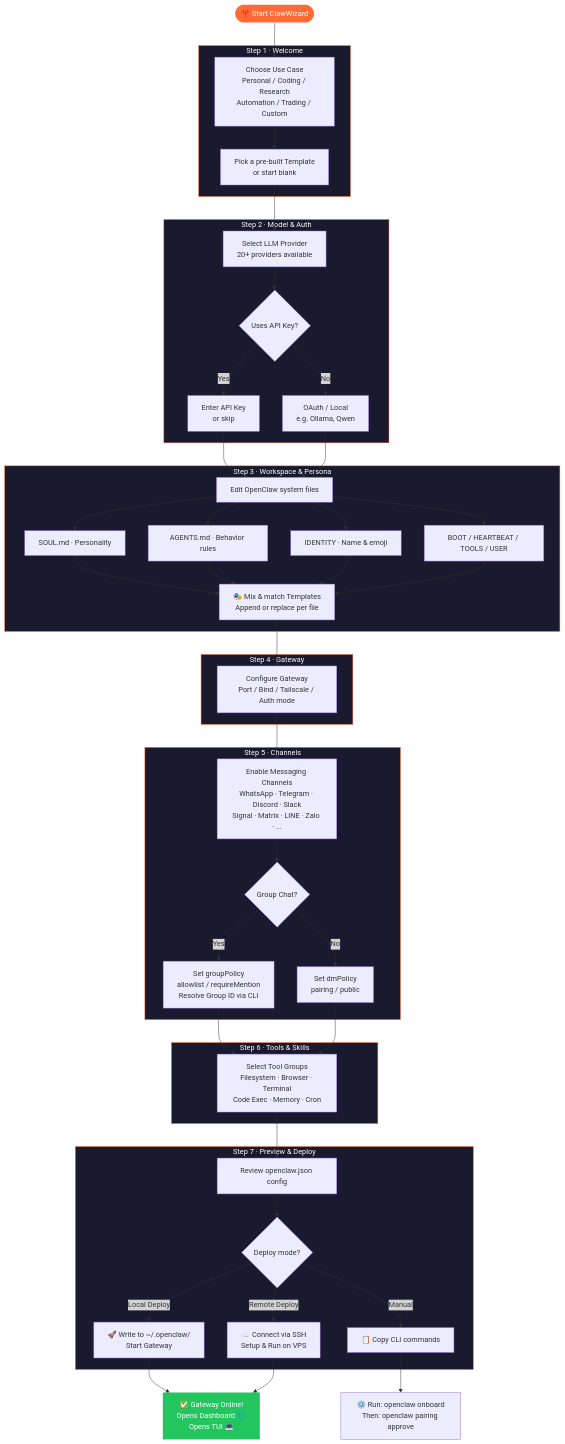
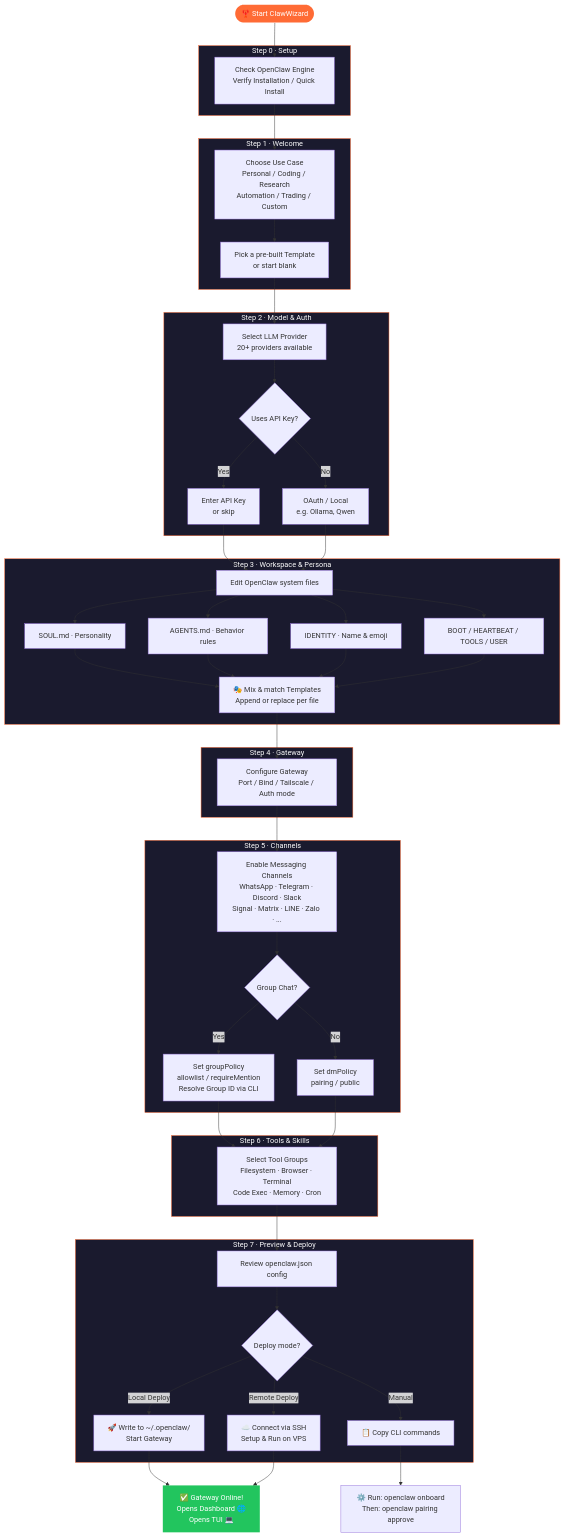
Before and after one commit to OpenKrab/ClawWizard: the diagram in README.md, drawn with Mermaid. The commit also changed other lines of this file, not shown here.

Commit message:
docs: update README with new Environment Setup step and mermaid graph

````diff
--- a/README.md
+++ b/README.md
@@ -28,73 +29,80 @@
 ```mermaid
 flowchart TD
-    A([🦞 Start ClawWizard]) --> B
+    A([🦞 Start ClawWizard]) --> ZA
+
+    subgraph STEP0["Step 0 · Setup"]
+        ZA[Check OpenClaw Engine\nVerify Installation / Quick Install]
+    end
+
+    ZA --> B
 
     subgraph STEP1["Step 1 · Welcome"]
         B[Choose Use Case\nPersonal / Coding / Research\nAutomation / Trading / Custom]
         B --> B2[Pick a pre-built Template\nor start blank]
     end
 
     B2 --> C
 
     subgraph STEP2["Step 2 · Model & Auth"]
         C[Select LLM Provider\n20+ providers available]
         C --> C2{Uses API Key?}
         C2 -- Yes --> C3[Enter API Key\nor skip]
         C2 -- No --> C4[OAuth / Local\ne.g. Ollama, Qwen]
     end
 
     C3 & C4 --> D
 
     subgraph STEP3["Step 3 · Workspace & Persona"]
         D[Edit OpenClaw system files]
         D --> D1[SOUL.md · Personality]
         D --> D2[AGENTS.md · Behavior rules]
         D --> D3[IDENTITY · Name & emoji]
         D --> D4[BOOT / HEARTBEAT / TOOLS / USER]
         D1 & D2 & D3 & D4 --> D5[🎭 Mix & match Templates\nAppend or replace per file]
     end
 
     D5 --> E
 
     subgraph STEP4["Step 4 · Gateway"]
         E[Configure Gateway\nPort / Bind / Tailscale / Auth mode]
     end
 
     E --> F
 
     subgraph STEP5["Step 5 · Channels"]
         F[Enable Messaging Channels\nWhatsApp · Telegram · Discord · Slack\nSignal · Matrix · LINE · Zalo · ...]
         F --> F2{Group Chat?}
         F2 -- Yes --> F3[Set groupPolicy\nallowlist / requireMention\nResolve Group ID via CLI]
         F2 -- No --> F4[Set dmPolicy\npairing / public]
     end
 
     F3 & F4 --> G
 
     subgraph STEP6["Step 6 · Tools & Skills"]
         G[Select Tool Groups\nFilesystem · Browser · Terminal\nCode Exec · Memory · Cron]
     end
 
     G --> H
 
     subgraph STEP7["Step 7 · Preview & Deploy"]
         H[Review openclaw.json config]
         H --> I{Deploy mode?}
         I -- Local Deploy --> J[🚀 Write to ~/.openclaw/\nStart Gateway]
         I -- Remote Deploy --> JR[☁️ Connect via SSH\nSetup & Run on VPS]
         I -- Manual --> K[📋 Copy CLI commands]
     end
 
     J & JR --> L[✅ Gateway Online!\nOpens Dashboard 🌐\nOpens TUI 💻]
     K --> M[⚙️ Run: openclaw onboard\nThen: openclaw pairing approve]
 
     style A fill:#ff6b35,color:#fff,stroke:none
     style L fill:#22c55e,color:#fff,stroke:none
+    style STEP0 fill:#1a1a2e,stroke:#ff6b35,color:#fff
     style STEP1 fill:#1a1a2e,stroke:#ff6b35,color:#fff
     style STEP2 fill:#1a1a2e,stroke:#ff6b35,color:#fff
     style STEP3 fill:#1a1a2e,stroke:#ff6b35,color:#fff
     style STEP4 fill:#1a1a2e,stroke:#ff6b35,color:#fff
     style STEP5 fill:#1a1a2e,stroke:#ff6b35,color:#fff
     style STEP6 fill:#1a1a2e,stroke:#ff6b35,color:#fff
     style STEP7 fill:#1a1a2e,stroke:#ff6b35,color:#fff
 ```
````
